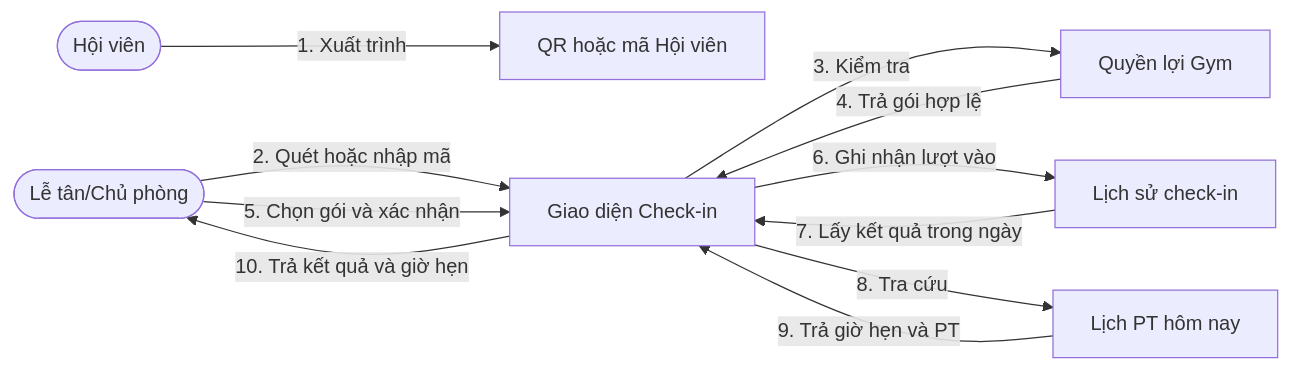
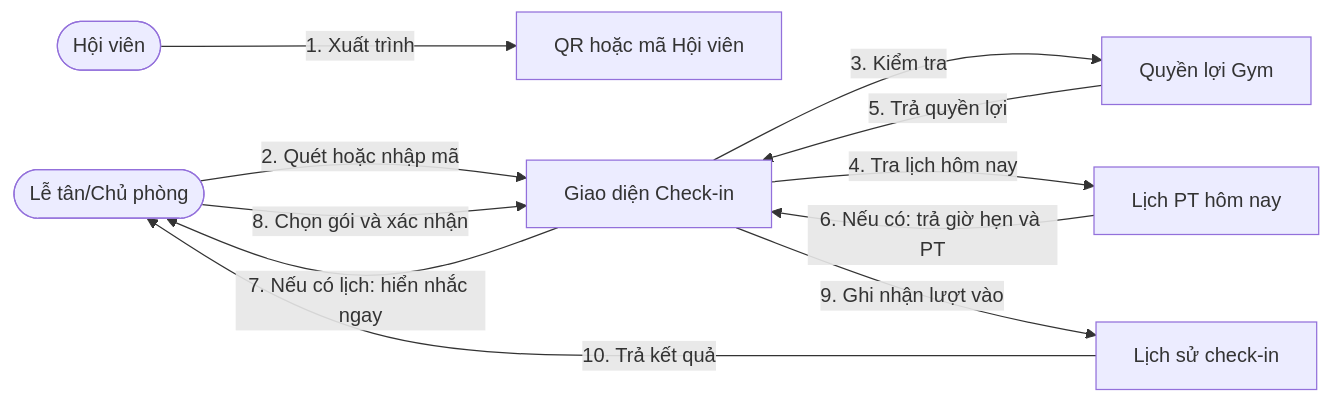
Before and after one commit to vhoanglong54/CNPM_GYM: the third of 5 diagrams in docs/06-UML-Diagrams/Collaboration.md, drawn with Mermaid. The commit also changed other lines of this file and 10 other files, not shown here.

````diff
--- a/docs/06-UML-Diagrams/Collaboration.md
+++ b/docs/06-UML-Diagrams/Collaboration.md
@@ -61,21 +63,21 @@
 ```mermaid
 flowchart LR
   M([Hội viên])
   S([Lễ tân/Chủ phòng])
   QR[QR hoặc mã Hội viên]
   UI[Giao diện Check-in]
   BENEFIT[Quyền lợi Gym]
   CHECKIN[Lịch sử check-in]
   PT[Lịch PT hôm nay]
 
   M -->|1. Xuất trình| QR
   S -->|2. Quét hoặc nhập mã| UI
   UI -->|3. Kiểm tra| BENEFIT
-  BENEFIT -->|4. Trả gói hợp lệ| UI
-  S -->|5. Chọn gói và xác nhận| UI
-  UI -->|6. Ghi nhận lượt vào| CHECKIN
-  CHECKIN -->|7. Lấy kết quả trong ngày| UI
-  UI -->|8. Tra cứu| PT
-  PT -->|9. Trả giờ hẹn và PT| UI
-  UI -->|10. Trả kết quả và giờ hẹn| S
+  UI -->|4. Tra lịch hôm nay| PT
+  BENEFIT -->|5. Trả quyền lợi| UI
+  PT -->|6. Nếu có: trả giờ hẹn và PT| UI
+  UI -->|7. Nếu có lịch: hiển nhắc ngay| S
+  S -->|8. Chọn gói và xác nhận| UI
+  UI -->|9. Ghi nhận lượt vào| CHECKIN
+  CHECKIN -->|10. Trả kết quả| S
 ```
````
